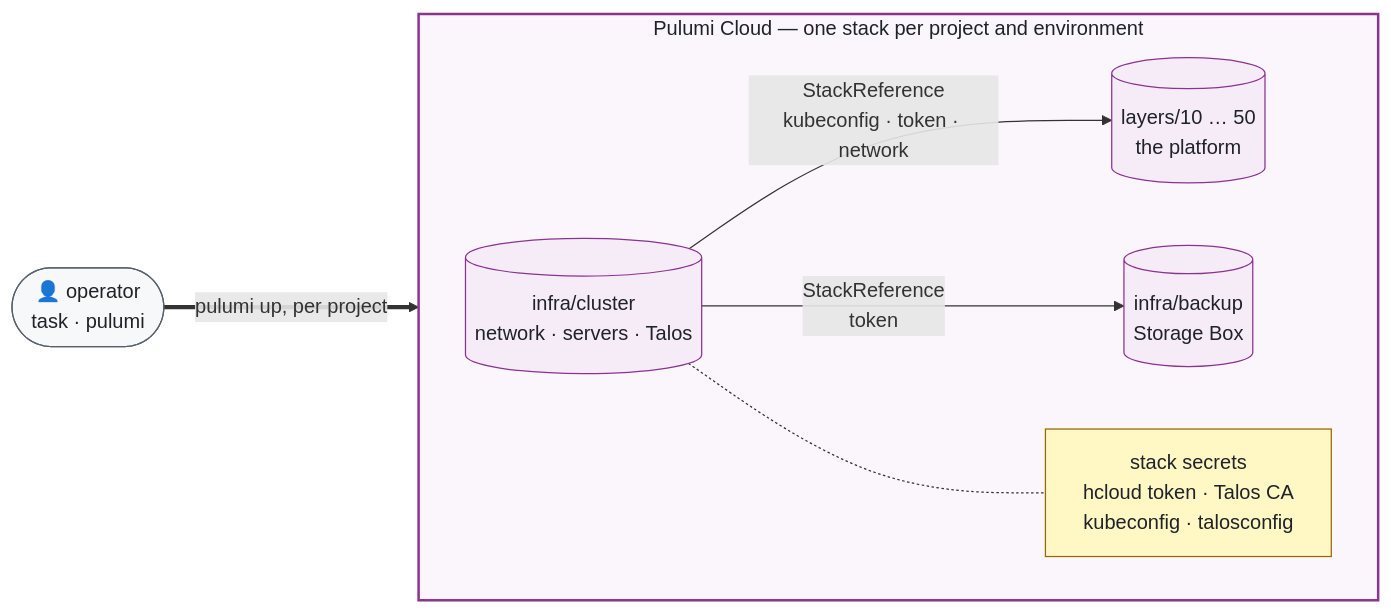
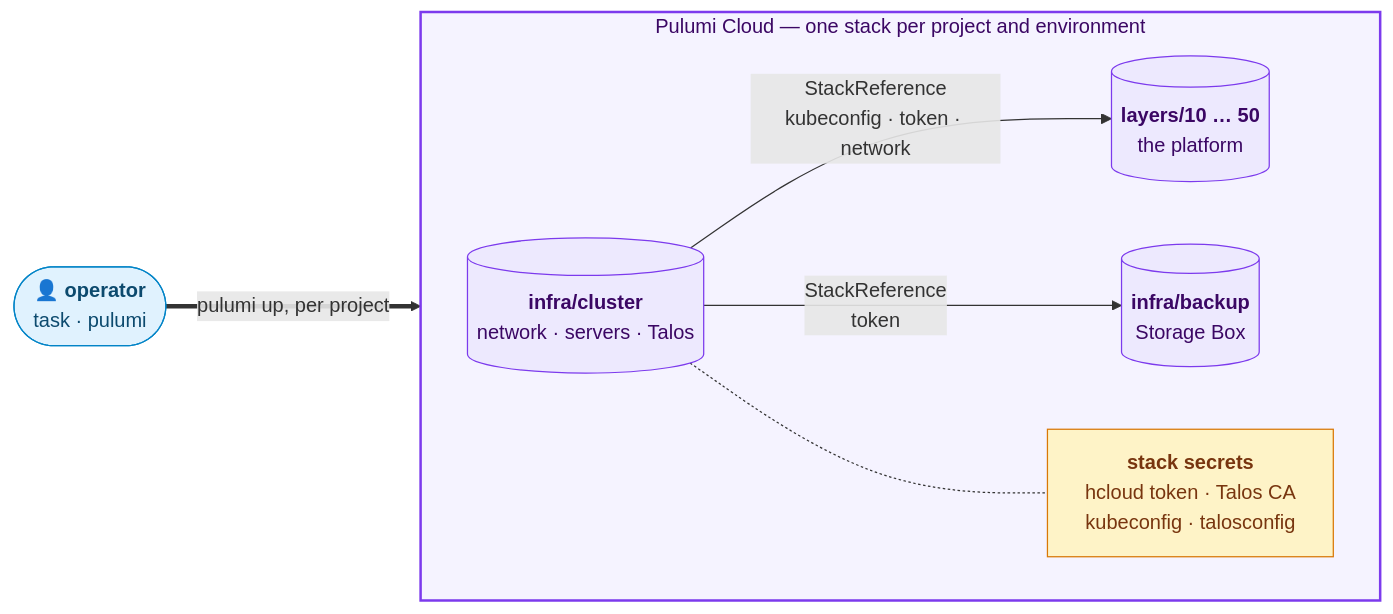
The first of 3 diagrams in README.md (oleg-tkachuk/hetzner-iac), drawn with Mermaid before and after one commit. The commit also changed other lines of this file and 2 other files, not shown here.

First line of the commit message:
docs(diagrams): give the diagrams saturated fills and bold titles

````diff
--- a/README.md
+++ b/README.md
@@ -27,27 +27,27 @@
 ```mermaid
 flowchart LR
-    classDef actor fill:#f6f8fa,stroke:#57606a,stroke-width:1px,color:#1f2328
-    classDef state fill:#f6ecf7,stroke:#8a3391,stroke-width:1px,color:#1f2328
-    classDef secret fill:#fff8c5,stroke:#9a6700,stroke-width:1px,color:#1f2328
+    classDef actor fill:#E0F2FE,stroke:#0284C7,stroke-width:1px,color:#0C4A6E
+    classDef state fill:#EDE9FE,stroke:#7C3AED,stroke-width:1px,color:#3B0764
+    classDef secret fill:#FEF3C7,stroke:#D97706,stroke-width:1px,color:#78350F
 
-    operator(["👤 operator<br/>task · pulumi"])
+    operator(["<b>👤 operator</b><br/>task · pulumi"])
 
     subgraph cloud["Pulumi Cloud — one stack per project and environment"]
         direction LR
-        cluster[("infra/cluster<br/>network · servers · Talos")]
-        backup[("infra/backup<br/>Storage Box")]
-        layers[("layers/10 … 50<br/>the platform")]
-        secrets["stack secrets<br/>hcloud token · Talos CA<br/>kubeconfig · talosconfig"]
+        cluster[("<b>infra/cluster</b><br/>network · servers · Talos")]
+        backup[("<b>infra/backup</b><br/>Storage Box")]
+        layers[("<b>layers/10 … 50</b><br/>the platform")]
+        secrets["<b>stack secrets</b><br/>hcloud token · Talos CA<br/>kubeconfig · talosconfig"]
     end
 
     operator ==>|"pulumi up, per project"| cloud
     cluster -->|"StackReference<br/>kubeconfig · token · network"| layers
     cluster -->|"StackReference<br/>token"| backup
     cluster -.- secrets
 
     class operator actor
     class cluster,backup,layers state
     class secrets secret
 
-    style cloud fill:#fbf6fc,stroke:#8a3391,stroke-width:2px,color:#1f2328
+    style cloud fill:#F5F3FF,stroke:#7C3AED,stroke-width:2px,color:#3B0764
 ```
````
